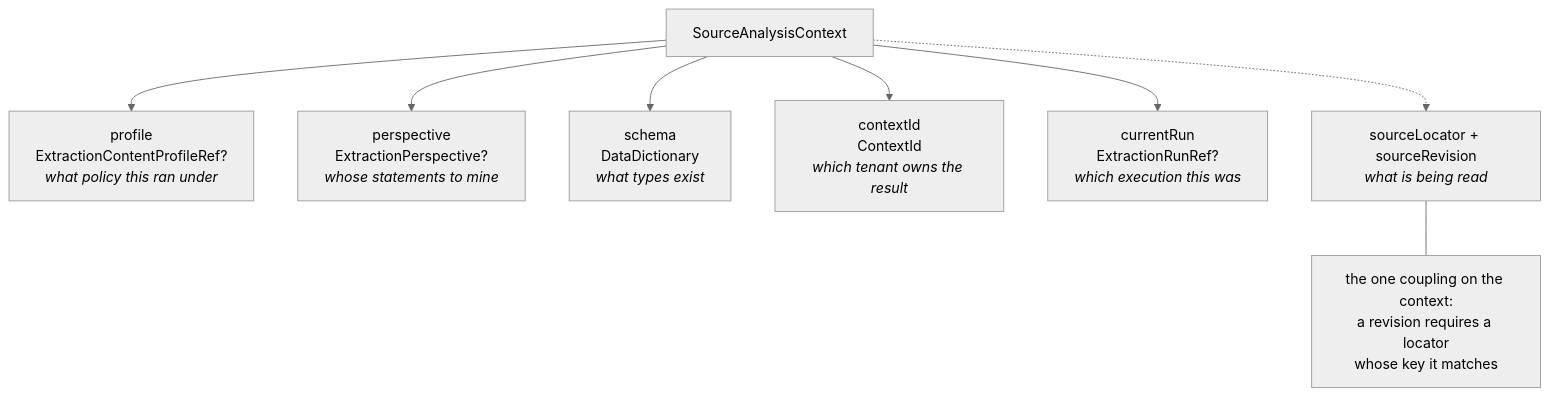
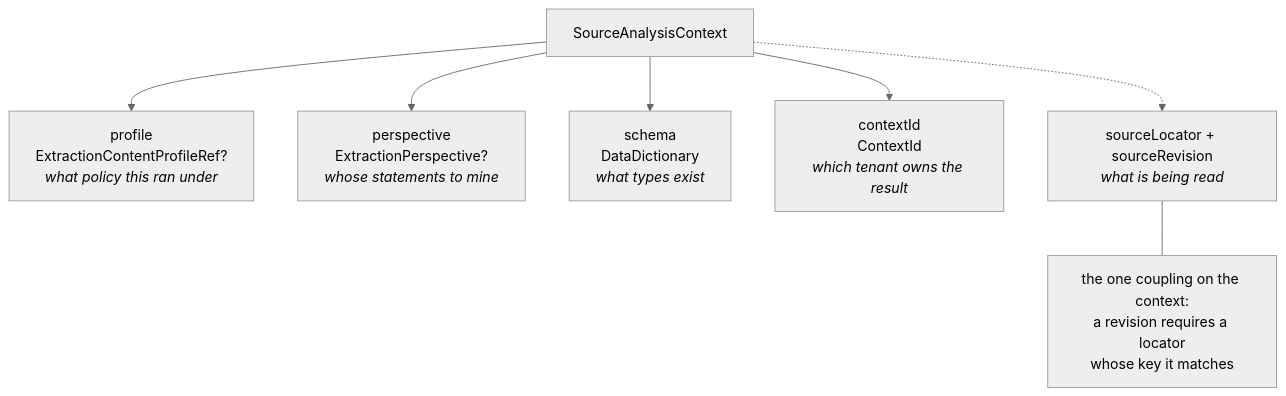
The first of 3 diagrams in docs/design/extraction-profiles.md (embabel/dice), drawn with Mermaid (neutral theme) before and after one commit. The commit also changed other lines of this file and 13 other files, not shown here.

````diff
--- a/docs/design/extraction-profiles.md
+++ b/docs/design/extraction-profiles.md
@@ -95,12 +61,11 @@
 ```mermaid
 flowchart TD
     CTX["SourceAnalysisContext"]
     CTX --> P["profile<br/>ExtractionContentProfileRef?<br/><i>what policy this ran under</i>"]
     CTX --> E["perspective<br/>ExtractionPerspective?<br/><i>whose statements to mine</i>"]
     CTX --> S["schema<br/>DataDictionary<br/><i>what types exist</i>"]
     CTX --> T["contextId<br/>ContextId<br/><i>which tenant owns the result</i>"]
-    CTX --> R["currentRun<br/>ExtractionRunRef?<br/><i>which execution this was</i>"]
     CTX -.-> L["sourceLocator + sourceRevision<br/><i>what is being read</i>"]
     N["the one coupling on the context:<br/>a revision requires a locator<br/>whose key it matches"]
     L --- N
 ```
````
